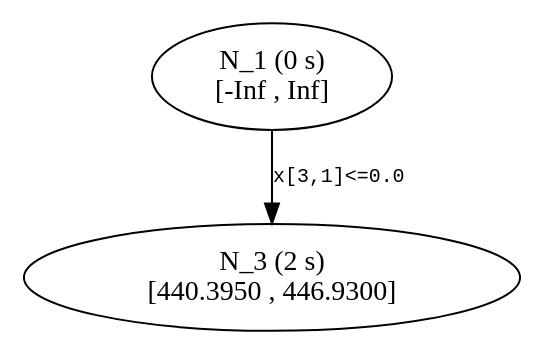
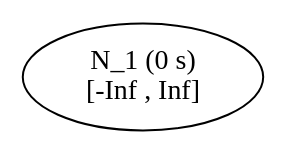
One commit to atoptima/Coluna.jl changed the diagram in previews/PR963/start/tree2.dot. Above: the diagram before and after it, drawn with Graphviz. The commit also changed 24 other files, not shown here.

```diff
--- a/previews/PR963/start/tree2.dot
+++ b/previews/PR963/start/tree2.dot
@@ -1,8 +1,5 @@
 ## dot -Tpdf thisfile > thisfile.pdf 
 
 digraph Branching_Tree {
 	edge[fontname = "Courier", fontsize = 10];
-	n1 [label= "N_1 (0 s) \n[-Inf , Inf]"];
-	n3 [label= "N_3 (2 s) \n[440.3950 , 446.9300]"];
-	n1 -> n3 [label= "x[3,1]<=0.0"];
-}
+	n1 [label= "N_1 (0 s) \n[-Inf , Inf]"];}
```
